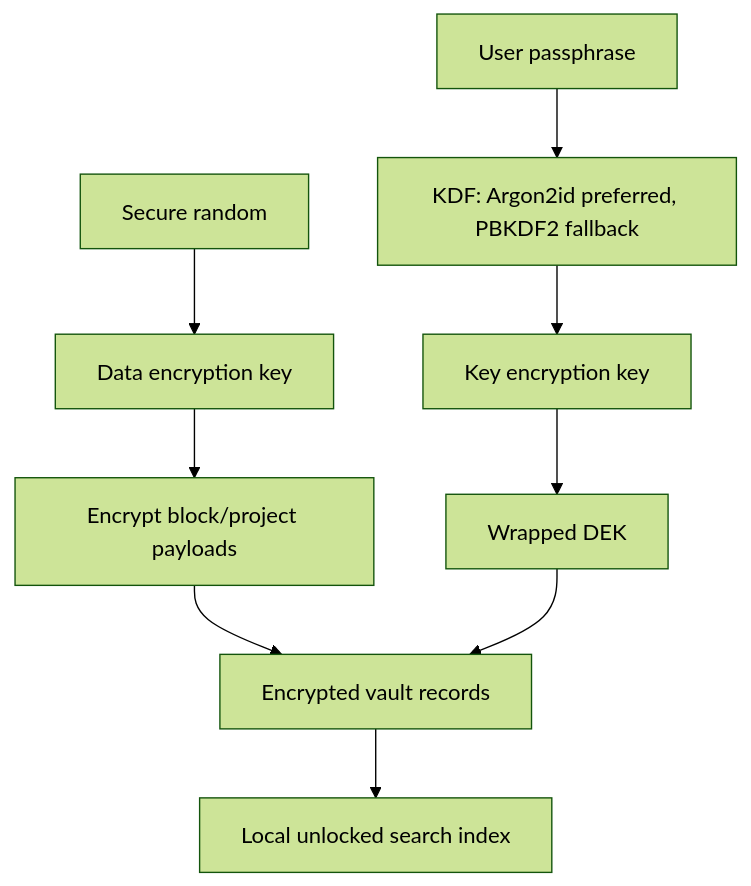
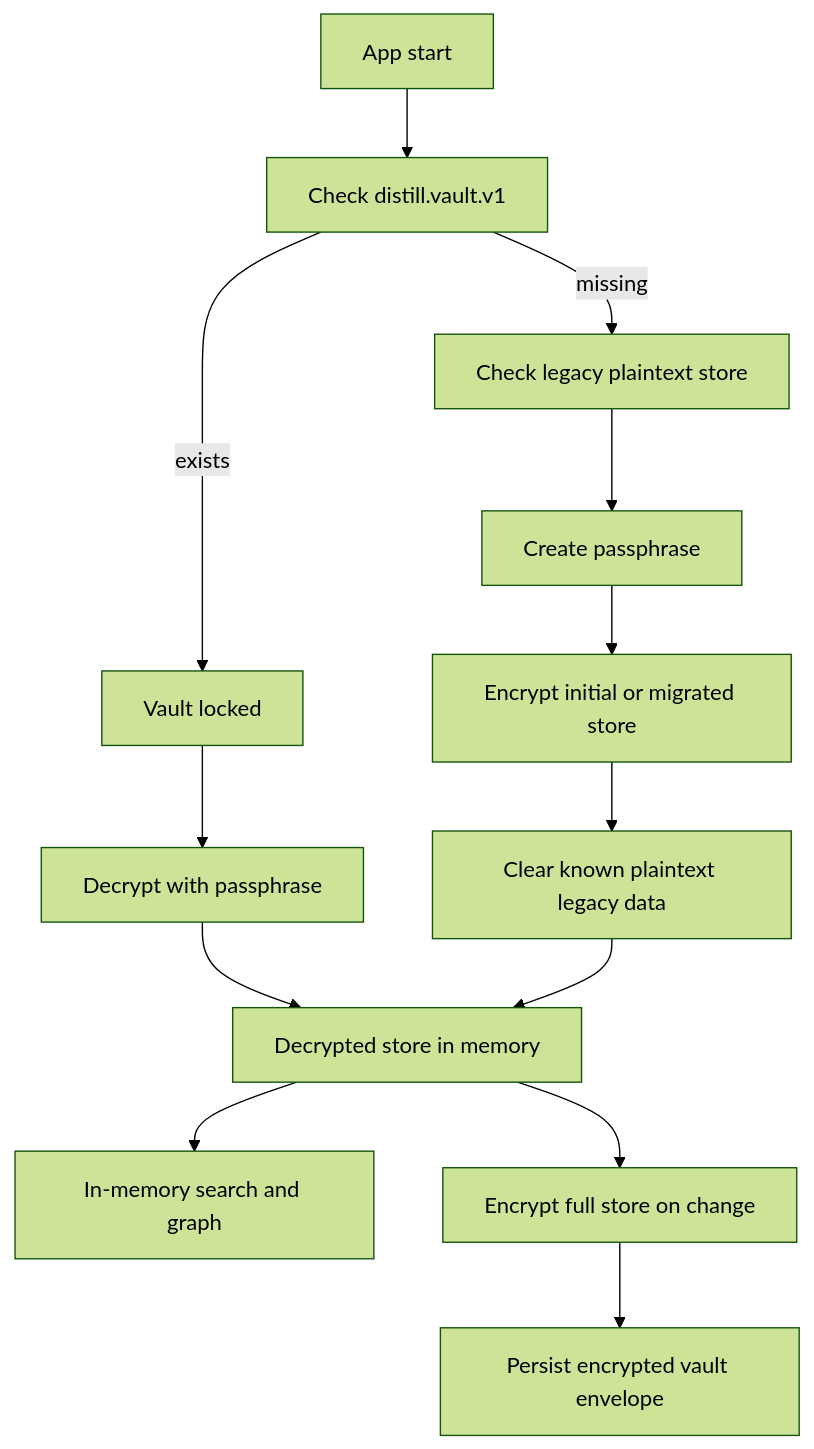
The diagram in docs/vault_encryption_design.md (awakertakeshi0312-jpg/distill), drawn with Mermaid (forest theme) before and after one commit. The commit also changed other lines of this file and 32 other files, not shown here.

Commit message:
Add encrypted local vault persistence

````diff
--- a/docs/vault_encryption_design.md
+++ b/docs/vault_encryption_design.md
@@ -36,11 +62,15 @@
 ```mermaid
 flowchart TD
-  User["User passphrase"] --> KDF["KDF: Argon2id preferred, PBKDF2 fallback"]
-  KDF --> KEK["Key encryption key"]
-  RNG["Secure random"] --> DEK["Data encryption key"]
-  KEK --> WrappedDEK["Wrapped DEK"]
-  DEK --> EncryptBlocks["Encrypt block/project payloads"]
-  EncryptBlocks --> VaultFile["Encrypted vault records"]
-  WrappedDEK --> VaultFile
-  VaultFile --> Index["Local unlocked search index"]
+  Start["App start"] --> Check["Check distill.vault.v1"]
+  Check -->|exists| Locked["Vault locked"]
+  Check -->|missing| Legacy["Check legacy plaintext store"]
+  Legacy --> Setup["Create passphrase"]
+  Locked --> Unlock["Decrypt with passphrase"]
+  Setup --> Encrypt["Encrypt initial or migrated store"]
+  Encrypt --> Clear["Clear known plaintext legacy data"]
+  Unlock --> Memory["Decrypted store in memory"]
+  Clear --> Memory
+  Memory --> Search["In-memory search and graph"]
+  Memory --> Save["Encrypt full store on change"]
+  Save --> Vault["Persist encrypted vault envelope"]
 ```
````
